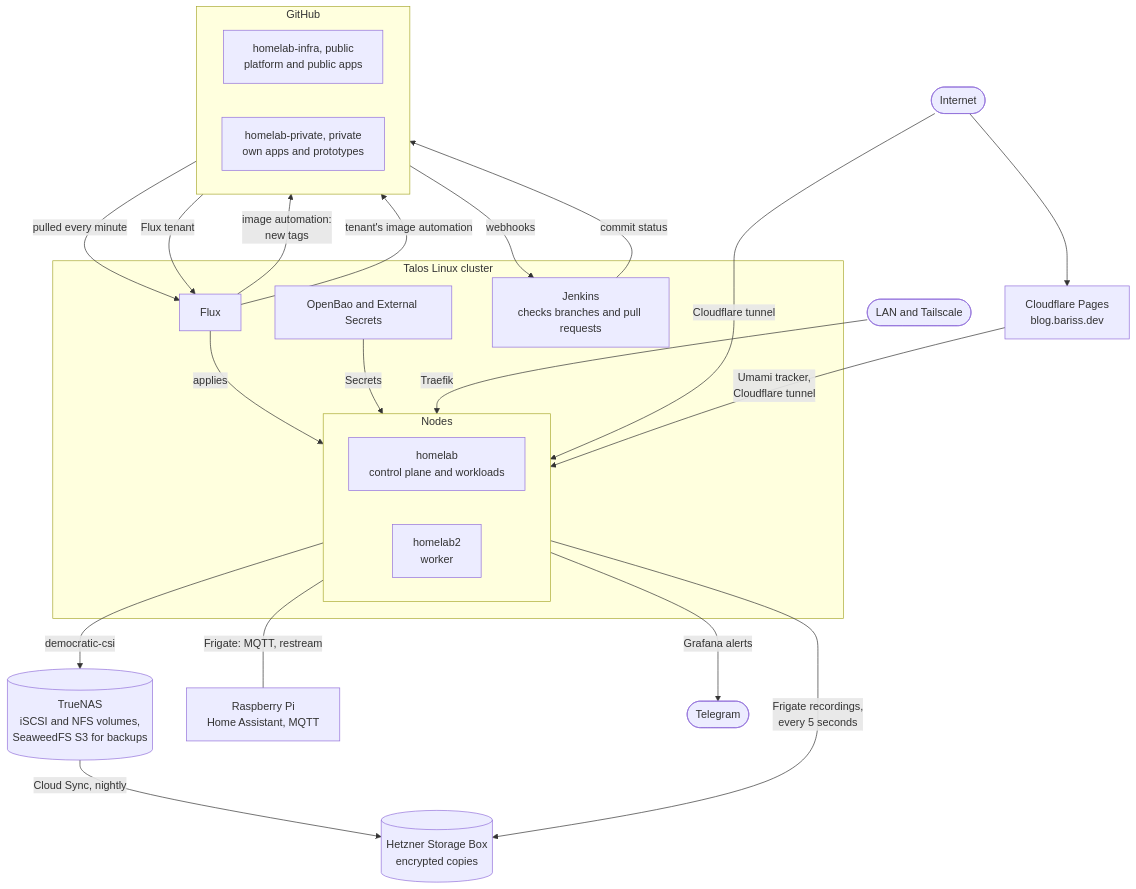
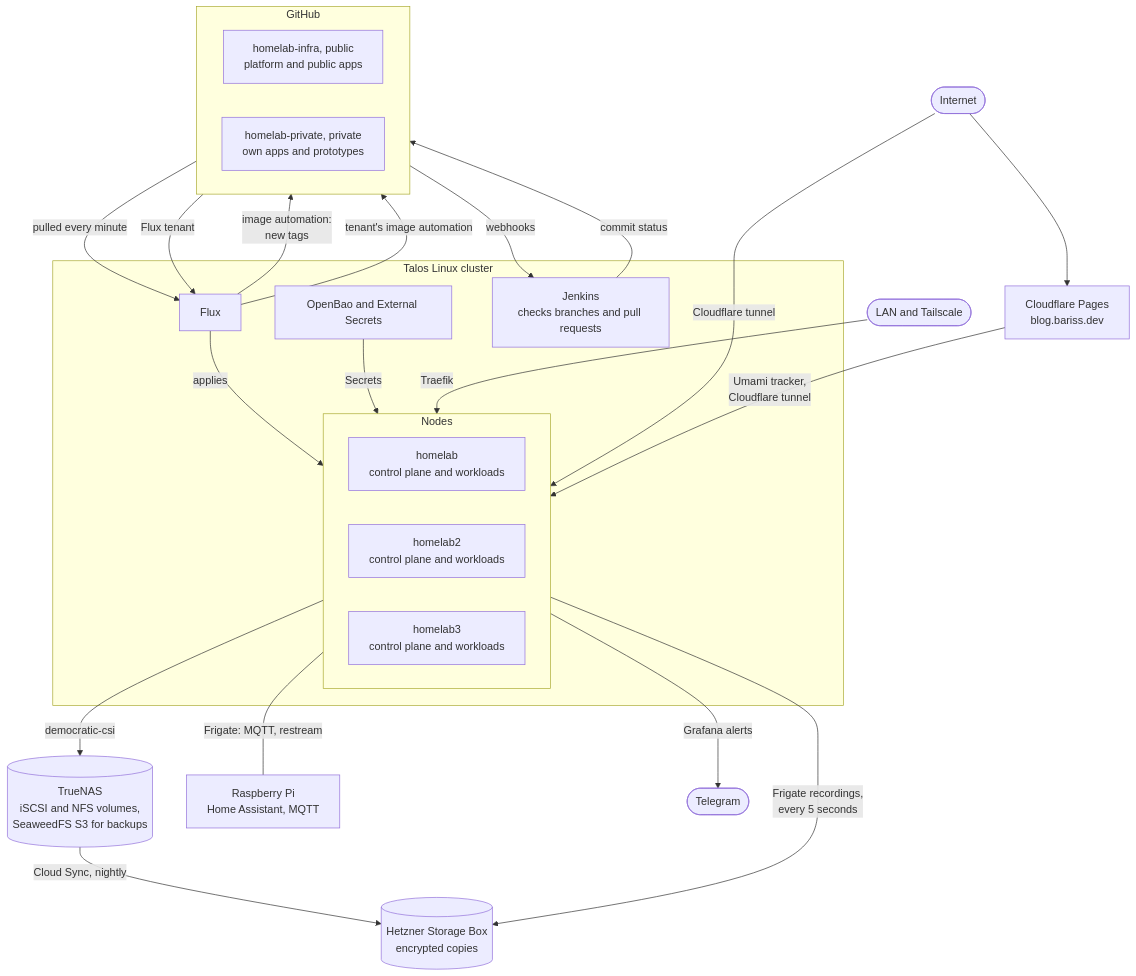
Before and after one commit to barissekerciler/homelab-infra: the first of 4 diagrams in docs/gitops.md, drawn with Mermaid. The commit also changed other lines of this file and 23 other files, not shown here.

First line of the commit message:
Run three control planes: homelab2 and homelab3 join homelab

````diff
--- a/docs/gitops.md
+++ b/docs/gitops.md
@@ -10,45 +10,46 @@
 ```mermaid
 flowchart TB
   subgraph github["GitHub"]
     direction LR
     infra["homelab-infra, public<br/>platform and public apps"]
     private["homelab-private, private<br/>own apps and prototypes"]
   end
 
   subgraph cluster["Talos Linux cluster"]
     flux["Flux"]
     subgraph nodes["Nodes"]
       direction LR
-      cp["homelab<br/>control plane and workloads"]
-      worker["homelab2<br/>worker"]
+      n1["homelab<br/>control plane and workloads"]
+      n2["homelab2<br/>control plane and workloads"]
+      n3["homelab3<br/>control plane and workloads"]
     end
     secrets["OpenBao and External Secrets"]
     jenkins["Jenkins<br/>checks branches and pull requests"]
   end
 
   nas[("TrueNAS<br/>iSCSI and NFS volumes,<br/>SeaweedFS S3 for backups")]
   offsite[("Hetzner Storage Box<br/>encrypted copies")]
   pi["Raspberry Pi<br/>Home Assistant, MQTT"]
   lan(["LAN and Tailscale"])
   internet(["Internet"])
   pages["Cloudflare Pages<br/>blog.bariss.dev"]
   telegram(["Telegram"])
 
   infra -- "webhooks" --> jenkins
   jenkins -- "commit status" --> infra
   infra -- "pulled every minute" --> flux
   flux -- "image automation:<br/>new tags" --> infra
   flux -- "tenant's image automation" --> private
   private -- "Flux tenant" --> flux
   flux -- "applies" --> nodes
   secrets -- "Secrets" --> nodes
   nodes -- "democratic-csi" --> nas
   nas -- "Cloud Sync, nightly" --> offsite
   nodes -- "Frigate recordings,<br/>every 5 seconds" --> offsite
   nodes -- "Frigate: MQTT, restream" --- pi
   lan -- "Traefik" --> nodes
   internet -- "Cloudflare tunnel" --> nodes
   internet --> pages
   pages -- "Umami tracker,<br/>Cloudflare tunnel" --> nodes
   nodes -- "Grafana alerts" --> telegram
 ```
````
